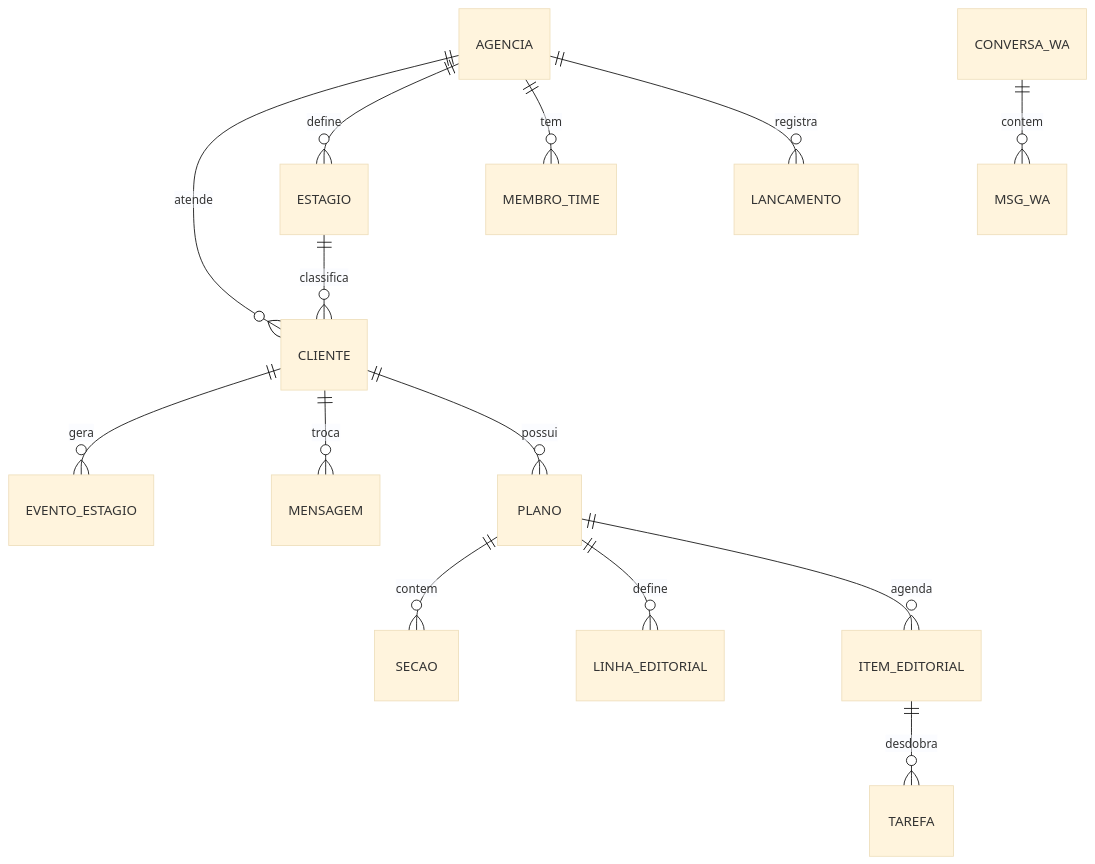
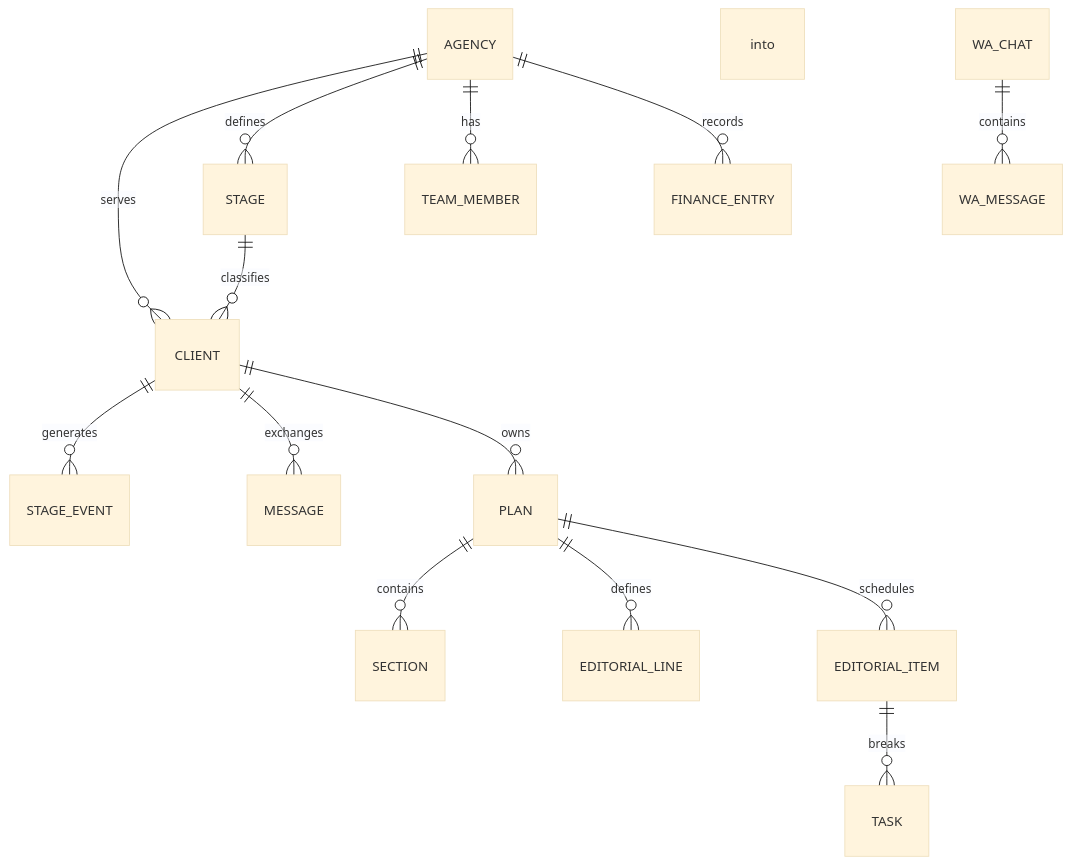
The diagram in README.md (gabriellagrecco/regma-case-study), drawn with Mermaid (base theme) before and after one commit. The commit also changed other lines of this file and 3 other files, not shown here.

````diff
--- a/README.md
+++ b/README.md
@@ -98,16 +101,16 @@
 ```mermaid
 erDiagram
-    AGENCIA   ||--o{ CLIENTE: atende
-    AGENCIA   ||--o{ ESTAGIO: define
-    AGENCIA   ||--o{ MEMBRO_TIME: tem
-    AGENCIA   ||--o{ LANCAMENTO: registra
-    ESTAGIO   ||--o{ CLIENTE: classifica
-    CLIENTE   ||--o{ EVENTO_ESTAGIO: gera
-    CLIENTE   ||--o{ MENSAGEM: troca
-    CLIENTE   ||--o{ PLANO: possui
-    PLANO     ||--o{ SECAO: contem
-    PLANO     ||--o{ LINHA_EDITORIAL: define
-    PLANO     ||--o{ ITEM_EDITORIAL: agenda
-    ITEM_EDITORIAL ||--o{ TAREFA: desdobra
-    CONVERSA_WA    ||--o{ MSG_WA: contem
+    AGENCY   ||--o{ CLIENT: serves
+    AGENCY   ||--o{ STAGE: defines
+    AGENCY   ||--o{ TEAM_MEMBER: has
+    AGENCY   ||--o{ FINANCE_ENTRY: records
+    STAGE    ||--o{ CLIENT: classifies
+    CLIENT   ||--o{ STAGE_EVENT: generates
+    CLIENT   ||--o{ MESSAGE: exchanges
+    CLIENT   ||--o{ PLAN: owns
+    PLAN     ||--o{ SECTION: contains
+    PLAN     ||--o{ EDITORIAL_LINE: defines
+    PLAN     ||--o{ EDITORIAL_ITEM: schedules
+    EDITORIAL_ITEM ||--o{ TASK: breaks into
+    WA_CHAT        ||--o{ WA_MESSAGE: contains
 ```
````
